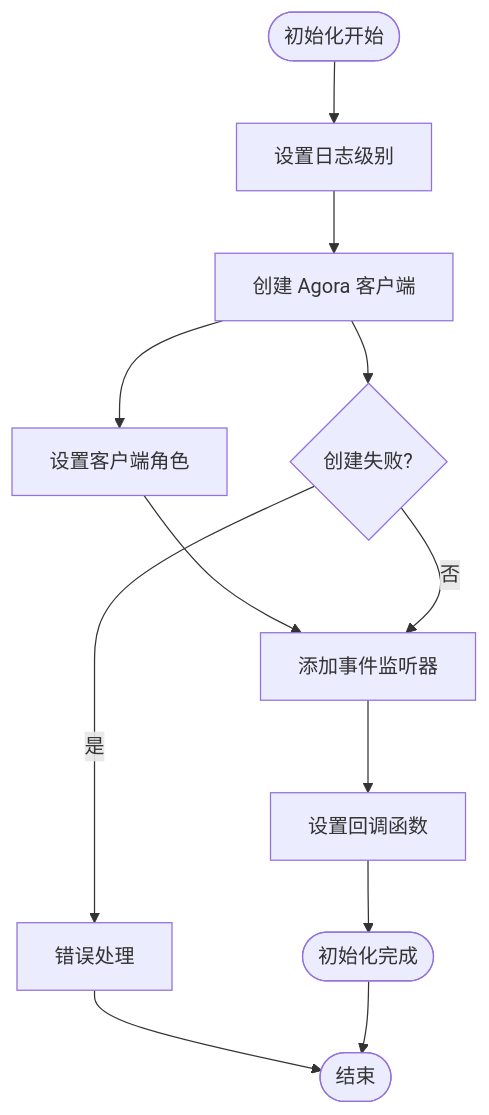
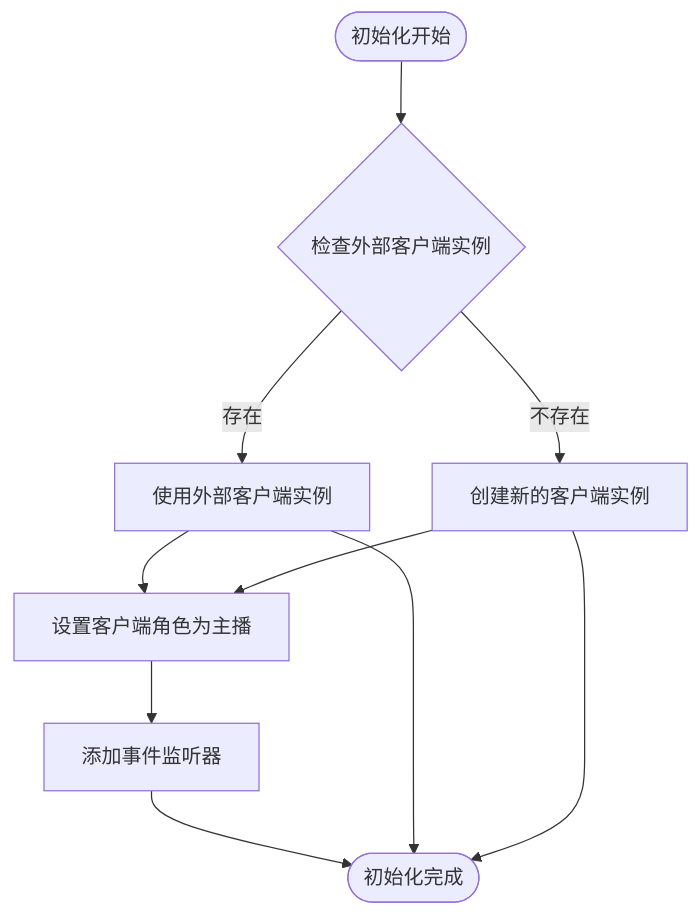
Before and after one commit to Easemob-Community/easemob-uikit-callkit-vue3: the fifth of 16 diagrams in .qoder/repowiki/zh/content/服务层/音视频服务 (RtcService).md, drawn with Mermaid. The commit also changed other lines of this file and 6 other files, not shown here.

````diff
--- a/.qoder/repowiki/zh/content/服务层/音视频服务 (RtcService).md
+++ b/.qoder/repowiki/zh/content/服务层/音视频服务 (RtcService).md
@@ -221,14 +282,12 @@
 ```mermaid
 flowchart TD
-Start([初始化开始]) --> SetLogLevel["设置日志级别"]
-SetLogLevel --> CreateClient["创建 Agora 客户端"]
-CreateClient --> SetRole["设置客户端角色"]
-SetRole --> AddListeners["添加事件监听器"]
-AddListeners --> SetupCallbacks["设置回调函数"]
-SetupCallbacks --> Ready([初始化完成])
-CreateClient --> ErrorCheck{"创建失败?"}
-ErrorCheck --> |是| ErrorHandler["错误处理"]
-ErrorCheck --> |否| AddListeners
-ErrorHandler --> End([结束])
-Ready --> End
+Start([初始化开始]) --> CheckExternalClient{"检查外部客户端实例"}
+CheckExternalClient --> |存在| UseExternalClient["使用外部客户端实例"]
+CheckExternalClient --> |不存在| CreateNewClient["创建新的客户端实例"]
+UseExternalClient --> SetClientRole["设置客户端角色为主播"]
+CreateNewClient --> SetClientRole
+SetClientRole --> AddEventListeners["添加事件监听器"]
+AddEventListeners --> Ready([初始化完成])
+UseExternalClient --> Ready
+CreateNewClient --> Ready
 ```
````
